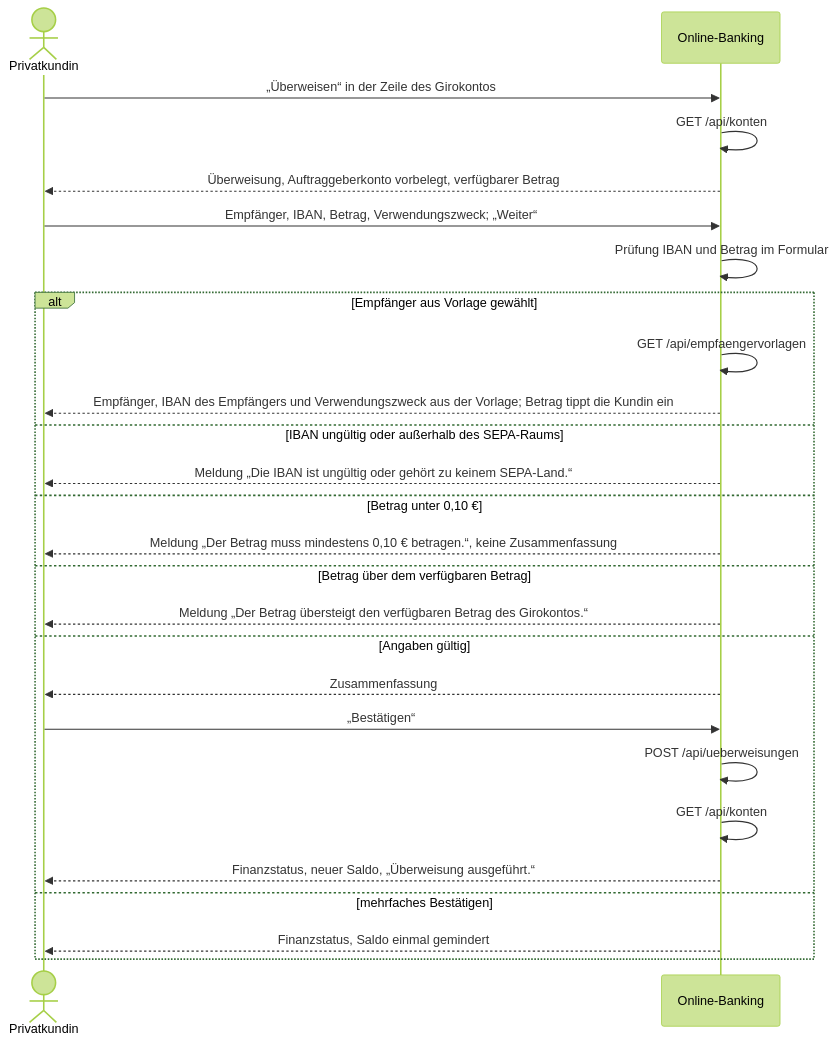
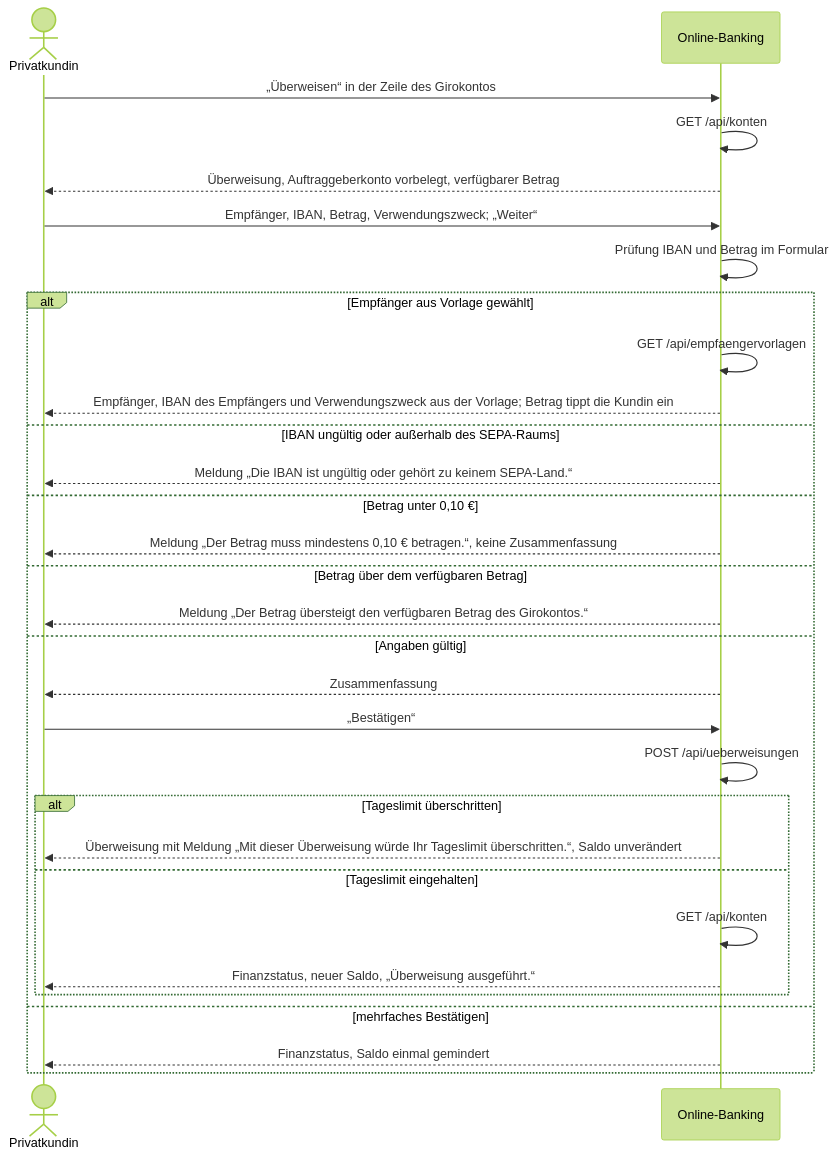
Before and after one commit to dakn85/online-banking: the diagram in docs/use_cases/UC-002-ueberweisung-vom-girokonto.md, drawn with Mermaid (forest theme). The commit also changed other lines of this file and 7 other files, not shown here.

First line of the commit message:
PK-60: KI-Vorschlag übernommen: Überweisung prüft das Tageslimit (BR-0070)

````diff
--- a/docs/use_cases/UC-002-ueberweisung-vom-girokonto.md
+++ b/docs/use_cases/UC-002-ueberweisung-vom-girokonto.md
@@ -103,28 +112,32 @@
 ```mermaid
 sequenceDiagram
     actor kundin as Privatkundin
     participant banking as Online-Banking
     kundin->>banking: „Überweisen“ in der Zeile des Girokontos
     banking->>banking: GET /api/konten
     banking-->>kundin: Überweisung, Auftraggeberkonto vorbelegt, verfügbarer Betrag
     kundin->>banking: Empfänger, IBAN, Betrag, Verwendungszweck#59; „Weiter“
     banking->>banking: Prüfung IBAN und Betrag im Formular
     alt Empfänger aus Vorlage gewählt
         banking->>banking: GET /api/empfaengervorlagen
         banking-->>kundin: Empfänger, IBAN des Empfängers und Verwendungszweck aus der Vorlage#59; Betrag tippt die Kundin ein
     else IBAN ungültig oder außerhalb des SEPA-Raums
         banking-->>kundin: Meldung „Die IBAN ist ungültig oder gehört zu keinem SEPA-Land.“
     else Betrag unter 0,10 €
         banking-->>kundin: Meldung „Der Betrag muss mindestens 0,10 € betragen.“, keine Zusammenfassung
     else Betrag über dem verfügbaren Betrag
         banking-->>kundin: Meldung „Der Betrag übersteigt den verfügbaren Betrag des Girokontos.“
     else Angaben gültig
         banking-->>kundin: Zusammenfassung
         kundin->>banking: „Bestätigen“
         banking->>banking: POST /api/ueberweisungen
-        banking->>banking: GET /api/konten
-        banking-->>kundin: Finanzstatus, neuer Saldo, „Überweisung ausgeführt.“
+        alt Tageslimit überschritten
+            banking-->>kundin: Überweisung mit Meldung „Mit dieser Überweisung würde Ihr Tageslimit überschritten.“, Saldo unverändert
+        else Tageslimit eingehalten
+            banking->>banking: GET /api/konten
+            banking-->>kundin: Finanzstatus, neuer Saldo, „Überweisung ausgeführt.“
+        end
     else mehrfaches Bestätigen
         banking-->>kundin: Finanzstatus, Saldo einmal gemindert
     end
 ```
````
